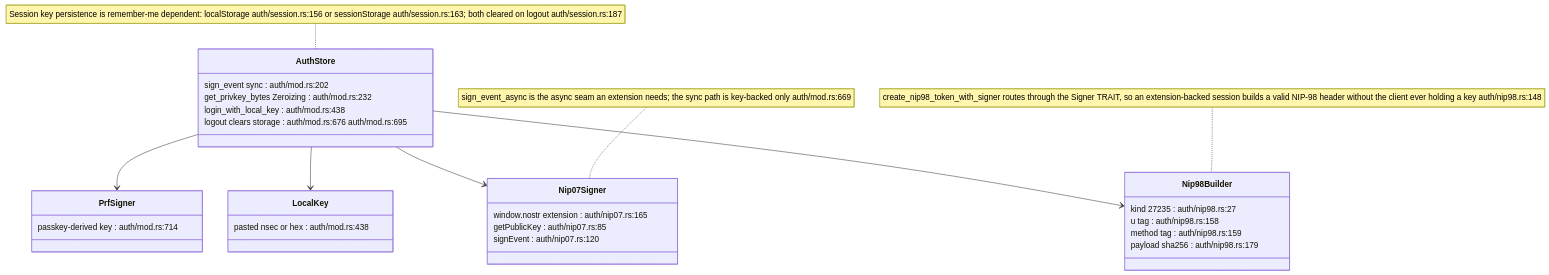
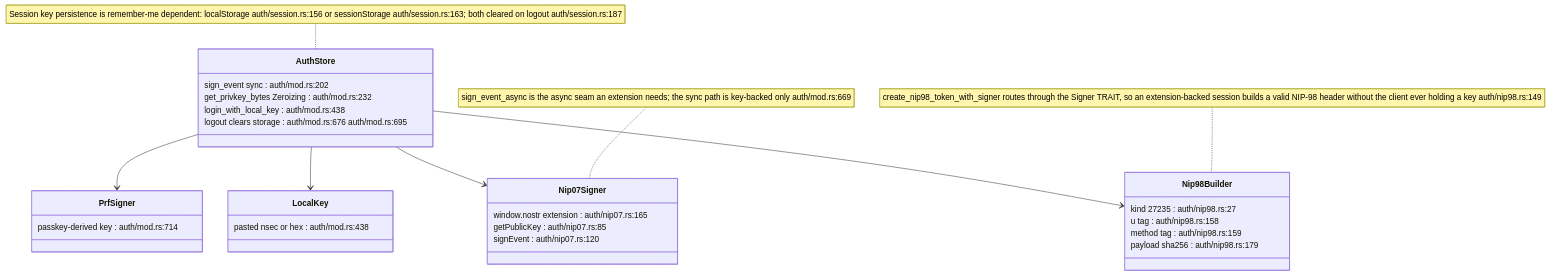
Before and after one commit to DreamLab-AI/VisionFlow: the fourth of 17 diagrams in docs/diagrams/nostr-rust-forum/05-leptos-clients-onboarding-messaging-governance.md, drawn with Mermaid. The commit also changed other lines of this file and 91 other files, not shown here.

````diff
--- a/docs/diagrams/nostr-rust-forum/05-leptos-clients-onboarding-messaging-governance.md
+++ b/docs/diagrams/nostr-rust-forum/05-leptos-clients-onboarding-messaging-governance.md
@@ -170,34 +173,34 @@
 ```mermaid
 classDiagram
     class AuthStore {
         sign_event sync : auth/mod.rs:202
         get_privkey_bytes Zeroizing : auth/mod.rs:232
         login_with_local_key : auth/mod.rs:438
         logout clears storage : auth/mod.rs:676 auth/mod.rs:695
     }
     class PrfSigner {
         passkey-derived key : auth/mod.rs:714
     }
     class Nip07Signer {
         window.nostr extension : auth/nip07.rs:165
         getPublicKey : auth/nip07.rs:85
         signEvent : auth/nip07.rs:120
     }
     class LocalKey {
         pasted nsec or hex : auth/mod.rs:438
     }
     class Nip98Builder {
         kind 27235 : auth/nip98.rs:27
         u tag : auth/nip98.rs:158
         method tag : auth/nip98.rs:159
         payload sha256 : auth/nip98.rs:179
     }
     AuthStore --> PrfSigner
     AuthStore --> Nip07Signer
     AuthStore --> LocalKey
     AuthStore --> Nip98Builder
 
-    note for Nip98Builder "create_nip98_token_with_signer routes through the Signer TRAIT, so an extension-backed session builds a valid NIP-98 header without the client ever holding a key auth/nip98.rs:148"
+    note for Nip98Builder "create_nip98_token_with_signer routes through the Signer TRAIT, so an extension-backed session builds a valid NIP-98 header without the client ever holding a key auth/nip98.rs:149"
     note for AuthStore "Session key persistence is remember-me dependent: localStorage auth/session.rs:156 or sessionStorage auth/session.rs:163; both cleared on logout auth/session.rs:187"
     note for Nip07Signer "sign_event_async is the async seam an extension needs; the sync path is key-backed only auth/mod.rs:669"
 ```
````
